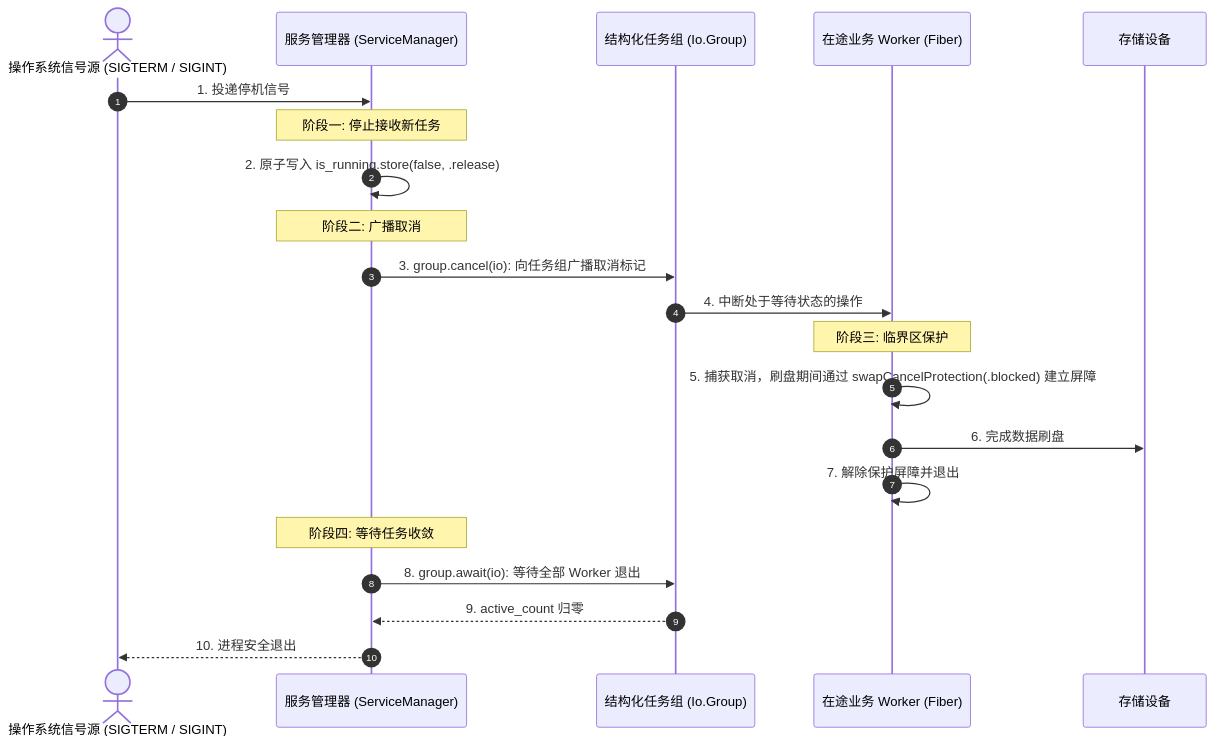
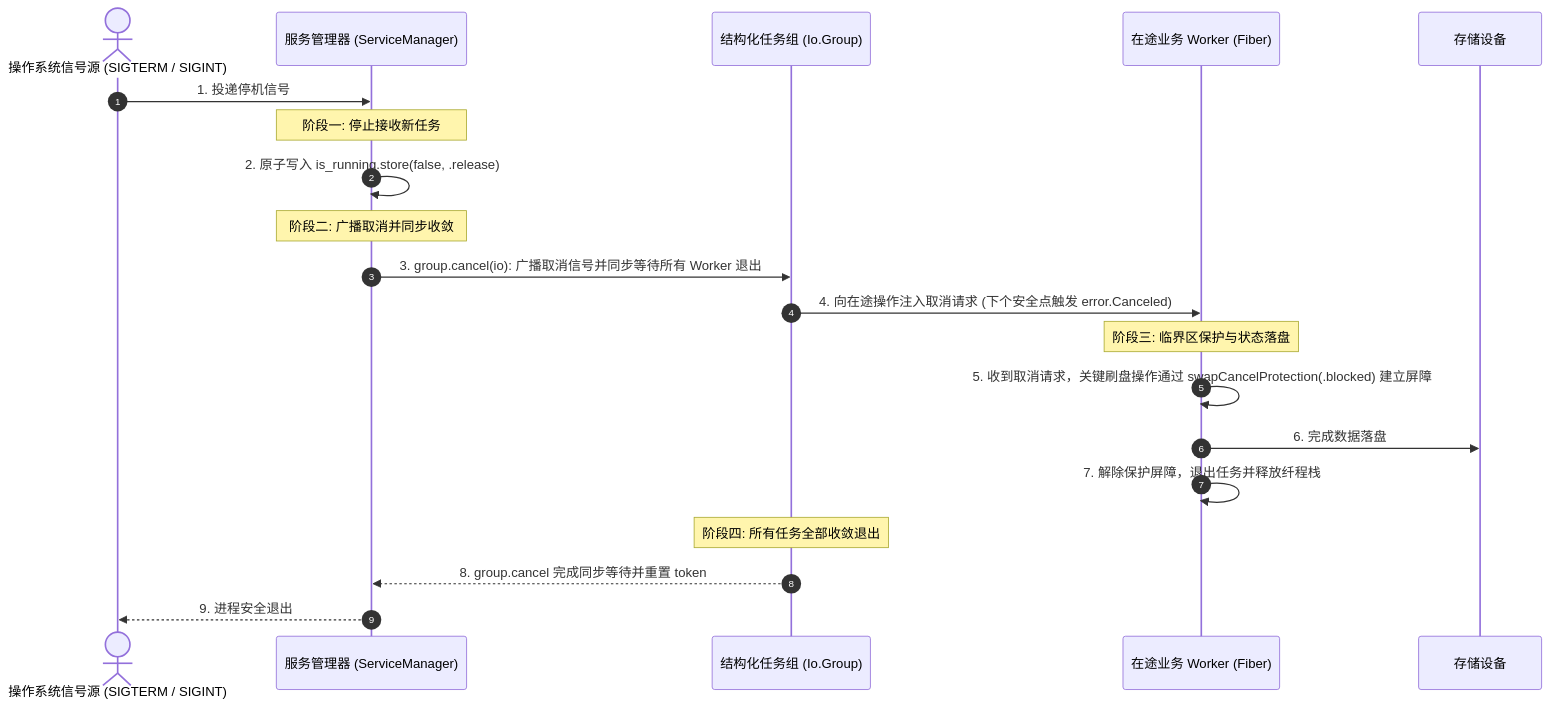
Before and after one commit to jiacai2050/x: the diagram in zig-io/src/practices/practice-structured-concurrency.md, drawn with Mermaid. The commit also changed other lines of this file and 16 other files, not shown here.

````diff
--- a/zig-io/src/practices/practice-structured-concurrency.md
+++ b/zig-io/src/practices/practice-structured-concurrency.md
@@ -13,27 +13,26 @@
 ```mermaid
 sequenceDiagram
     autonumber
     actor OS as 操作系统信号源 (SIGTERM / SIGINT)
     participant Mgr as 服务管理器 (ServiceManager)
     participant Group as 结构化任务组 (Io.Group)
     participant Worker as 在途业务 Worker (Fiber)
     participant Storage as 存储设备
 
     OS->>Mgr: 1. 投递停机信号
     Note over Mgr: 阶段一: 停止接收新任务
     Mgr->>Mgr: 2. 原子写入 is_running.store(false, .release)
     
-    Note over Mgr: 阶段二: 广播取消
-    Mgr->>Group: 3. group.cancel(io): 向任务组广播取消标记
-    Group->>Worker: 4. 中断处于等待状态的操作
+    Note over Mgr: 阶段二: 广播取消并同步收敛
+    Mgr->>Group: 3. group.cancel(io): 广播取消信号并同步等待所有 Worker 退出
+    Group->>Worker: 4. 向在途操作注入取消请求 (下个安全点触发 error.Canceled)
     
-    Note over Worker: 阶段三: 临界区保护
-    Worker->>Worker: 5. 捕获取消，刷盘期间通过 swapCancelProtection(.blocked) 建立屏障
-    Worker->>Storage: 6. 完成数据刷盘
-    Worker->>Worker: 7. 解除保护屏障并退出
+    Note over Worker: 阶段三: 临界区保护与状态落盘
+    Worker->>Worker: 5. 收到取消请求，关键刷盘操作通过 swapCancelProtection(.blocked) 建立屏障
+    Worker->>Storage: 6. 完成数据落盘
+    Worker->>Worker: 7. 解除保护屏障，退出任务并释放纤程栈
     
-    Note over Mgr: 阶段四: 等待任务收敛
-    Mgr->>Group: 8. group.await(io): 等待全部 Worker 退出
-    Group-->>Mgr: 9. active_count 归零
-    Mgr-->>OS: 10. 进程安全退出
+    Note over Group: 阶段四: 所有任务全部收敛退出
+    Group-->>Mgr: 8. group.cancel 完成同步等待并重置 token
+    Mgr-->>OS: 9. 进程安全退出
 ```
````
